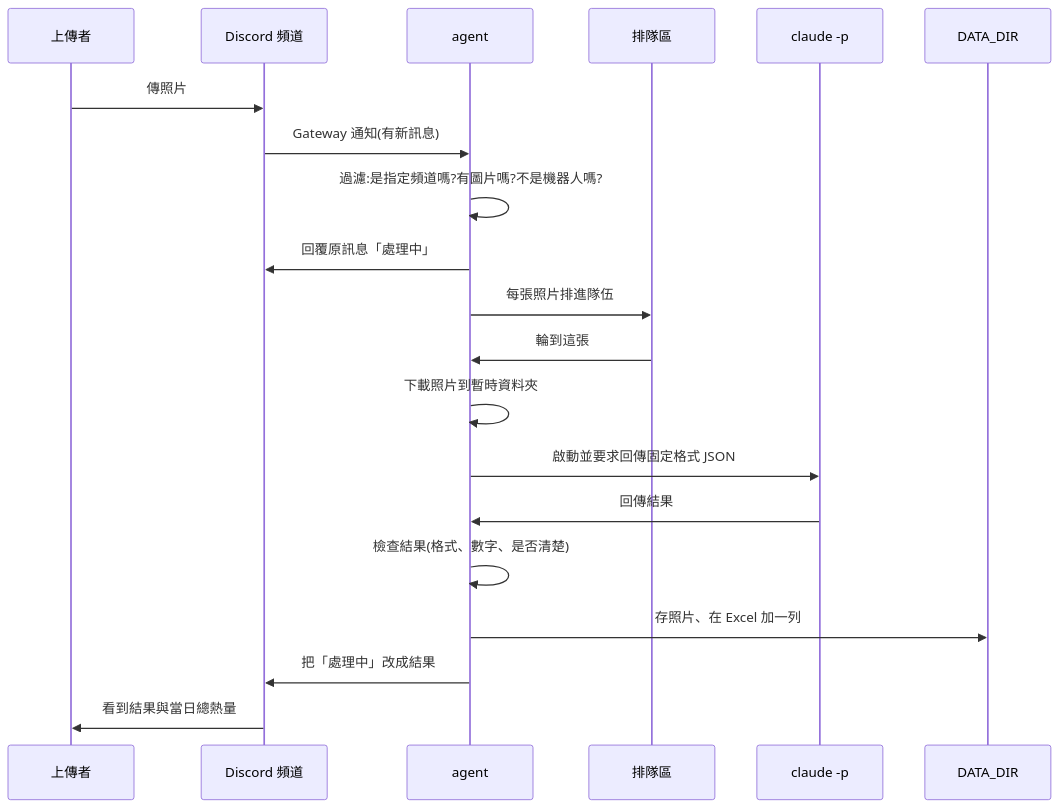
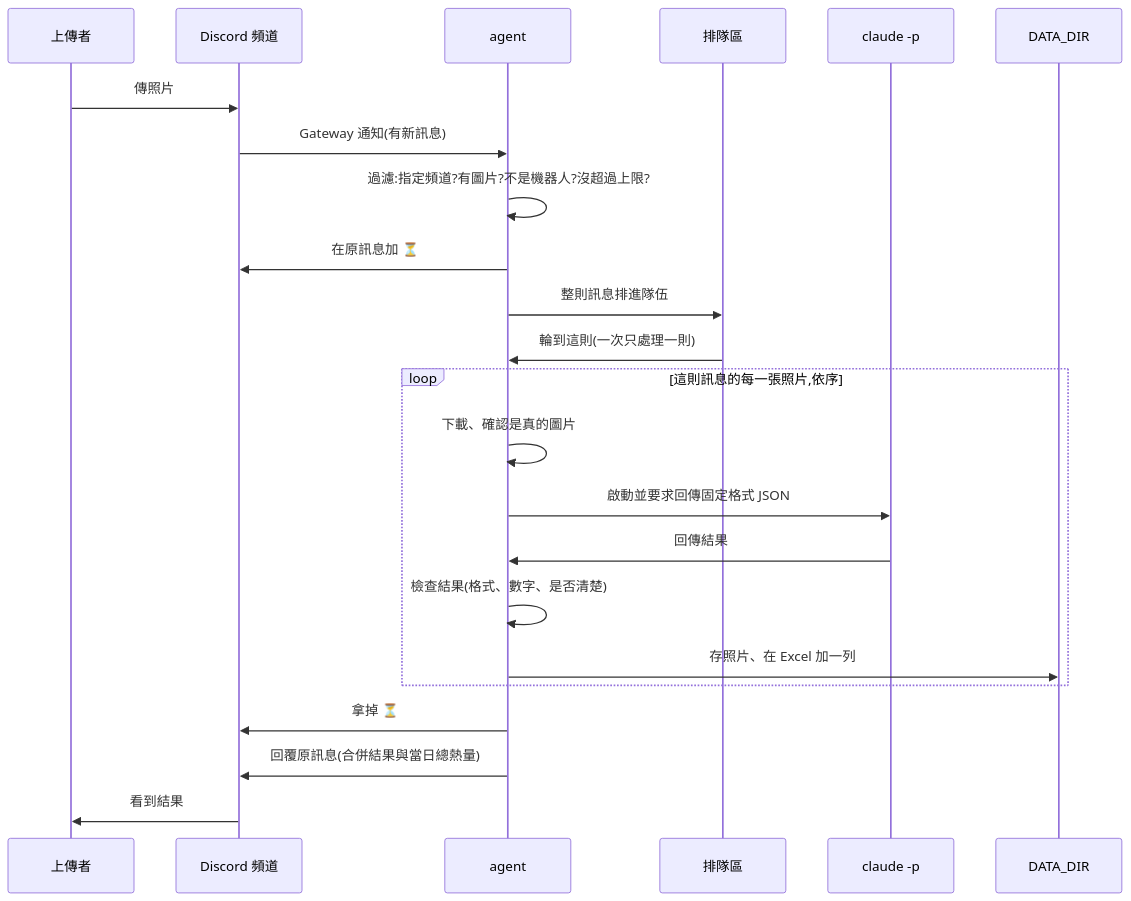
The second of 3 diagrams in docs/architecture.md (411232007-pixel/foodie), drawn with Mermaid before and after one commit. The commit also changed other lines of this file and 32 other files, not shown here.

````diff
--- a/docs/architecture.md
+++ b/docs/architecture.md
@@ -143,23 +153,26 @@
 ```mermaid
 sequenceDiagram
     participant U as 上傳者
     participant D as Discord 頻道
     participant A as agent
     participant Q as 排隊區
     participant C as claude -p
     participant F as DATA_DIR
 
     U->>D: 傳照片
     D->>A: Gateway 通知(有新訊息)
-    A->>A: 過濾:是指定頻道嗎?有圖片嗎?不是機器人嗎?
-    A->>D: 回覆原訊息「處理中」
-    A->>Q: 每張照片排進隊伍
-    Q->>A: 輪到這張
-    A->>A: 下載照片到暫時資料夾
-    A->>C: 啟動並要求回傳固定格式 JSON
-    C->>A: 回傳結果
-    A->>A: 檢查結果(格式、數字、是否清楚)
-    A->>F: 存照片、在 Excel 加一列
-    A->>D: 把「處理中」改成結果
-    D->>U: 看到結果與當日總熱量
+    A->>A: 過濾:指定頻道?有圖片?不是機器人?沒超過上限?
+    A->>D: 在原訊息加 ⏳
+    A->>Q: 整則訊息排進隊伍
+    Q->>A: 輪到這則(一次只處理一則)
+    loop 這則訊息的每一張照片,依序
+        A->>A: 下載、確認是真的圖片
+        A->>C: 啟動並要求回傳固定格式 JSON
+        C->>A: 回傳結果
+        A->>A: 檢查結果(格式、數字、是否清楚)
+        A->>F: 存照片、在 Excel 加一列
+    end
+    A->>D: 拿掉 ⏳
+    A->>D: 回覆原訊息(合併結果與當日總熱量)
+    D->>U: 看到結果
 ```
````
